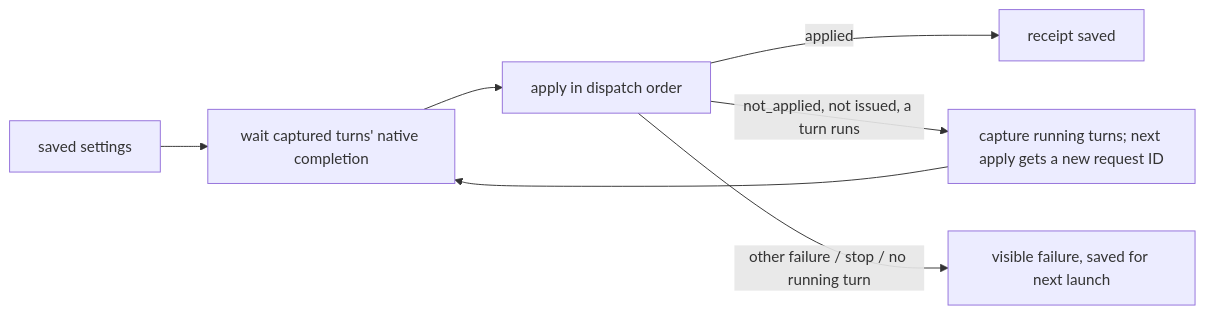
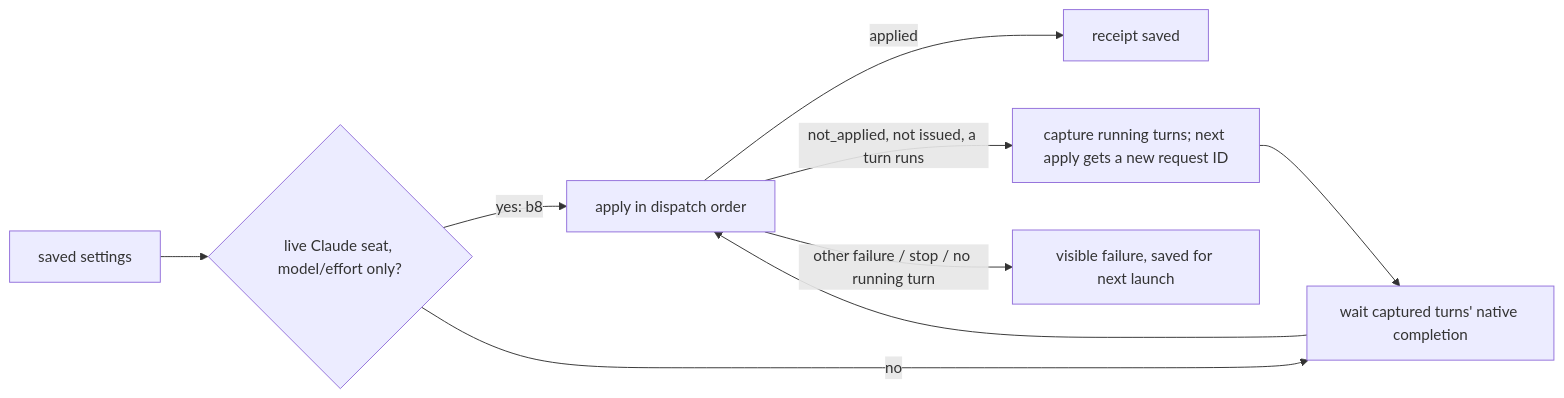
Before and after one commit to kitepon/BellTeam: the diagram in docs/architecture/modules/execution/configuration-delivery.md, drawn with Mermaid. The commit also changed other lines of this file and 2 other files, not shown here.

Commit message:
Apply a Claude model/effort change without waiting for the running turn (b8)
Claude Code opens its model picker on Alt+P while a turn runs and a session-only pick
switches the same turn's next request (measured 2026-11-15). A live Claude seat's
model/effort-only change therefore starts with no captured turns; a refusal while a turn
runs still falls to the a53 apply-at-boundary path. Diagram and inventory row in
configuration-delivery.md, tests in desired-configuration-dispatch.test.mjs.

````diff
--- a/docs/architecture/modules/execution/configuration-delivery.md
+++ b/docs/architecture/modules/execution/configuration-delivery.md
@@ -17,8 +19,10 @@
 ```mermaid
 flowchart LR
-  Req[saved settings] --> Wait[wait captured turns' native completion]
+  Req[saved settings] --> Kind{live Claude seat, model/effort only?}
+  Kind -->|yes: b8| Apply
+  Kind -->|no| Wait[wait captured turns' native completion]
   Wait --> Apply[apply in dispatch order]
   Apply -->|applied| Done[receipt saved]
   Apply -->|not_applied, not issued, a turn runs| Recapture[capture running turns; next apply gets a new request ID] --> Wait
   Apply -->|other failure / stop / no running turn| Fail[visible failure, saved for next launch]
 ```
````
